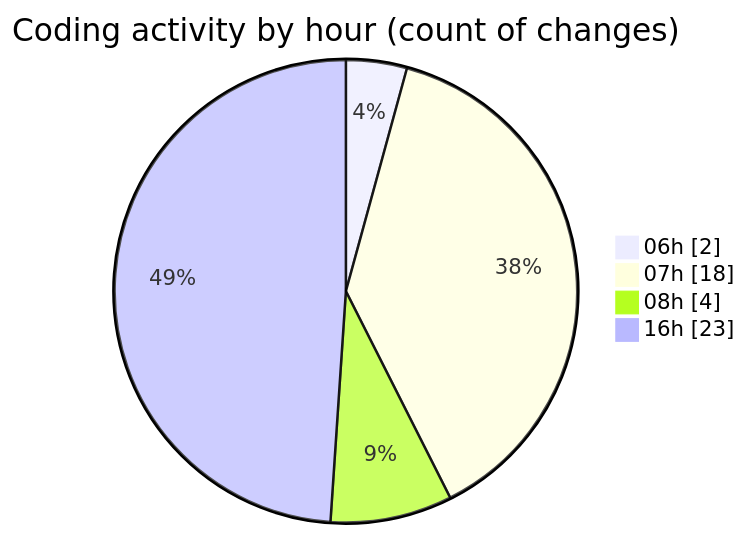
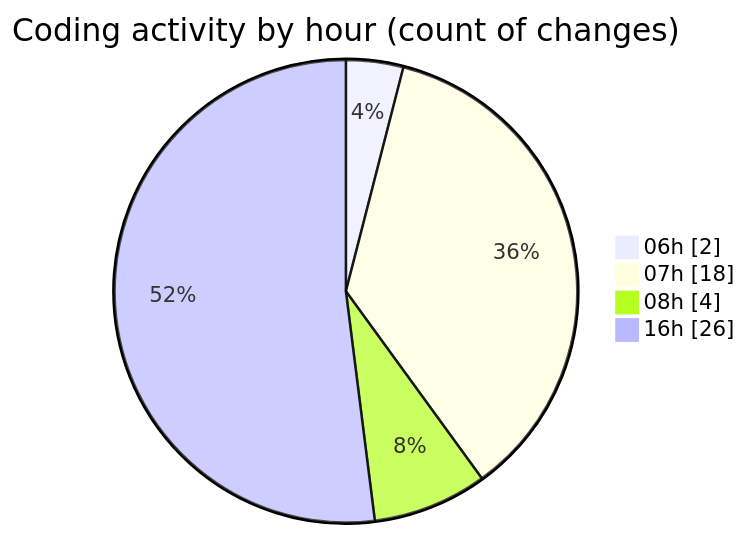
One commit to robertbonfada/code-tracking changed the second of 2 diagrams in 2025-01-27/termonied-web/README.md. Above: the diagram before and after it, drawn with Mermaid. The commit also changed other lines of this file and 1 other file, not shown here.

````diff
--- a/2025-01-27/termonied-web/README.md
+++ b/2025-01-27/termonied-web/README.md
@@ -35,8 +35,8 @@
 ```mermaid
 pie showData
 title Coding activity by hour (count of changes)
 "06h" : 2
 "07h" : 18
 "08h" : 4
-"16h" : 23
+"16h" : 26
 ```
````
